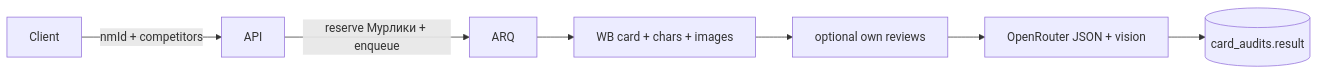
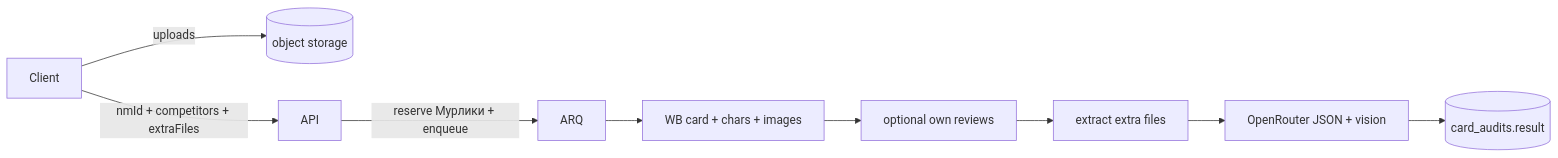
The diagram in architecture/card-audit.md (MarketHackerLabs/docs), drawn with Mermaid before and after one commit. The commit also changed other lines of this file, not shown here.

````diff
--- a/architecture/card-audit.md
+++ b/architecture/card-audit.md
@@ -37,9 +39,11 @@
 ```mermaid
 flowchart LR
-  Client -->|nmId + competitors| API
+  Client -->|uploads| Storage[(object storage)]
+  Client -->|nmId + competitors + extraFiles| API
   API -->|reserve Мурлики + enqueue| ARQ
   ARQ --> Fetch[WB card + chars + images]
   Fetch --> Reviews[optional own reviews]
-  Reviews --> LLM[OpenRouter JSON + vision]
+  Reviews --> Files[extract extra files]
+  Files --> LLM[OpenRouter JSON + vision]
   LLM --> PG[(card_audits.result)]
 ```
````
